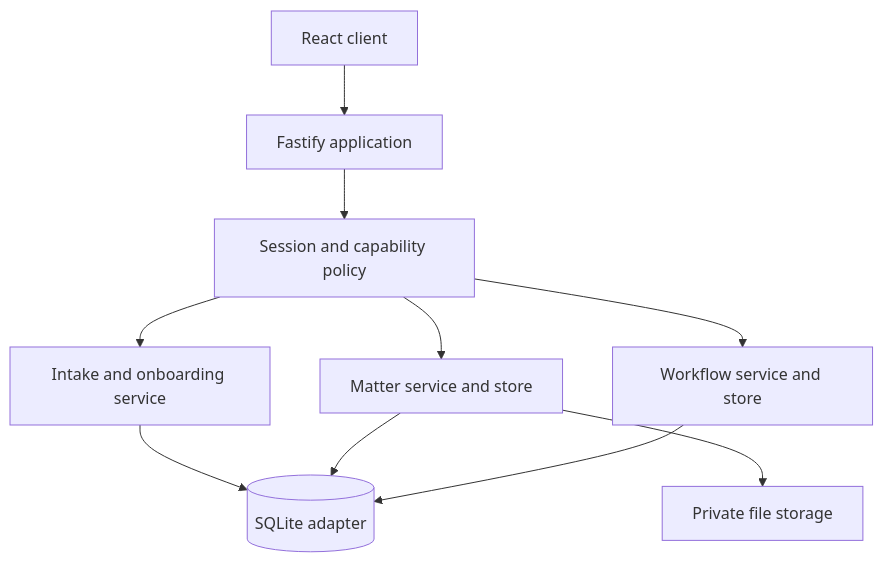
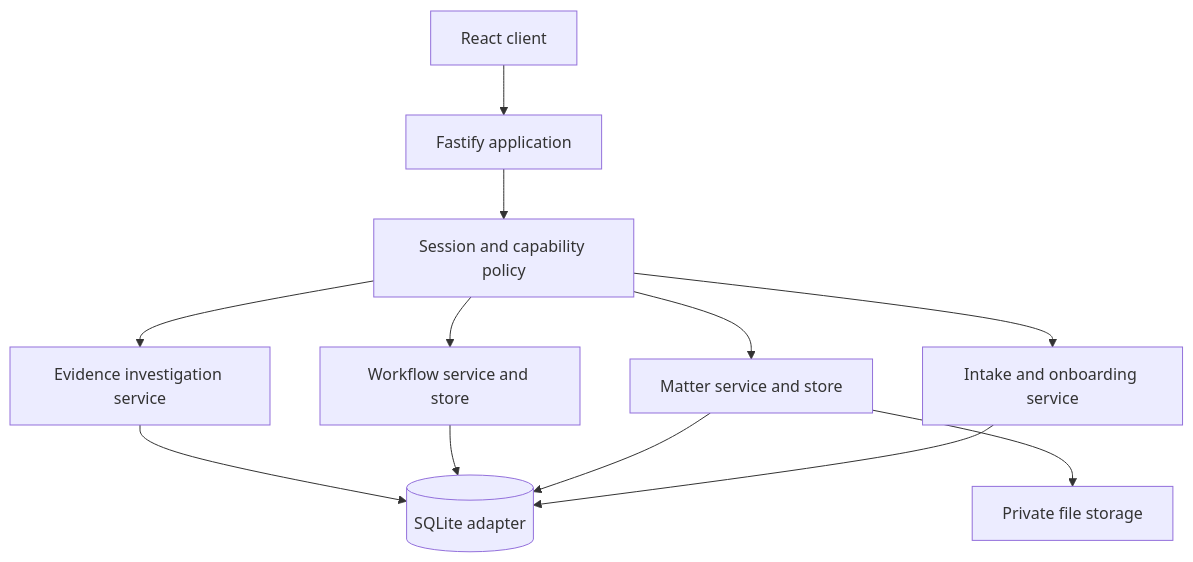
The diagram in README.md (Ments123/SwiftClaim), drawn with Mermaid before and after one commit. The commit also changed other lines of this file and 28 other files, not shown here.

````diff
--- a/README.md
+++ b/README.md
@@ -118,12 +140,14 @@
 ```mermaid
 flowchart TD
   Browser[React client] --> API[Fastify application]
   API --> Policy[Session and capability policy]
   Policy --> Intake["Intake and onboarding service"]
   Policy --> Matter["Matter service and store"]
   Policy --> Workflow["Workflow service and store"]
+  Policy --> Evidence["Evidence investigation service"]
   Intake --> DB[(SQLite adapter)]
   Matter --> DB[(SQLite adapter)]
   Workflow --> DB
+  Evidence --> DB
   Matter --> Files[Private file storage]
 ```
````
